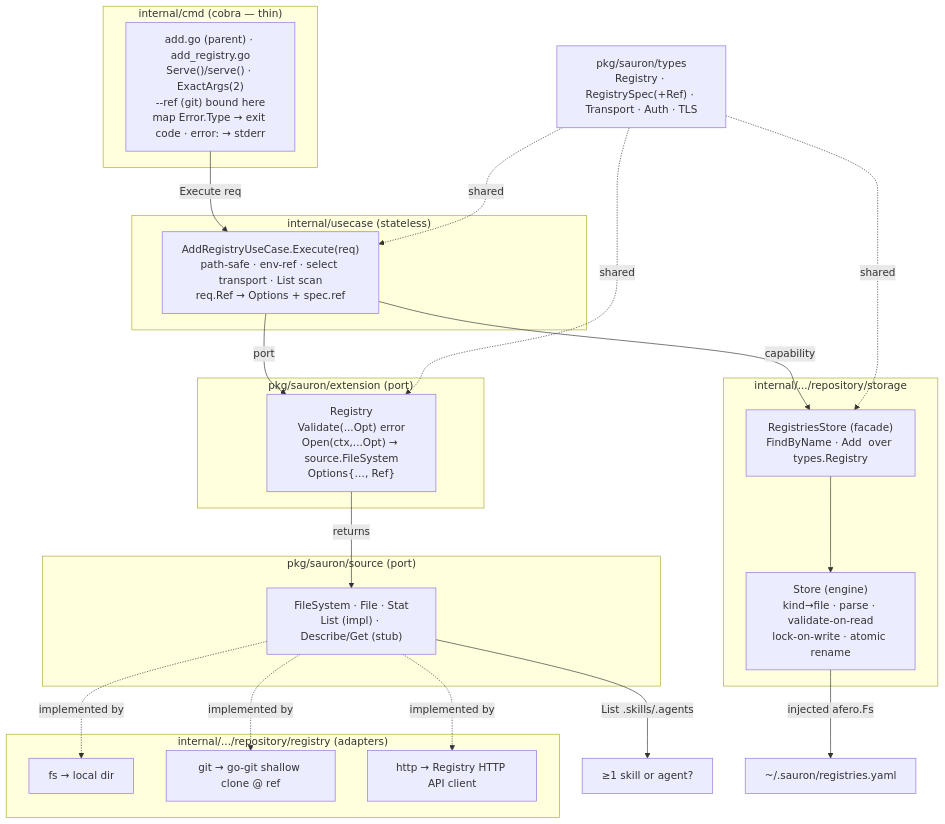
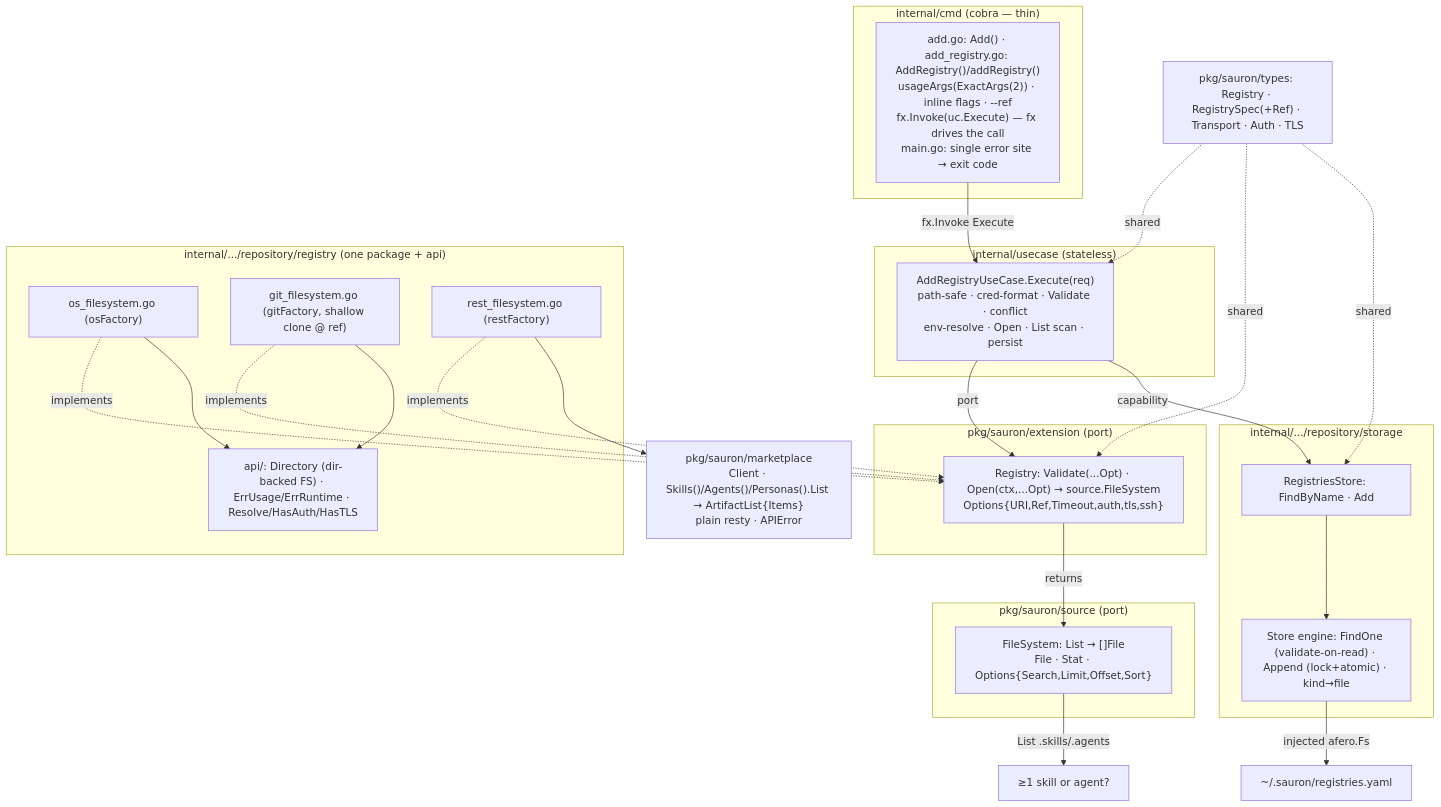
One commit to Delfimarime/sauron changed the diagram in spec/0001-add-registry/plan.md. Above: the diagram before and after it, drawn with Mermaid. The commit also changed other lines of this file and 1 other file, not shown here.

````diff
--- a/spec/0001-add-registry/plan.md
+++ b/spec/0001-add-registry/plan.md
@@ -68,39 +69,44 @@
 ```mermaid
 graph TD
   subgraph cmd["internal/cmd (cobra — thin)"]
-    AR["add.go (parent) · add_registry.go<br/>Serve()/serve() · ExactArgs(2)<br/>--ref (git) bound here<br/>map Error.Type → exit code · error: → stderr"]
+    AR["add.go: Add() · add_registry.go: AddRegistry()/addRegistry()<br/>usageArgs(ExactArgs(2)) · inline flags · --ref<br/>fx.Invoke(uc.Execute) — fx drives the call<br/>main.go: single error site → exit code"]
   end
   subgraph uc["internal/usecase (stateless)"]
-    UC["AddRegistryUseCase.Execute(req)<br/>path-safe · env-ref · select transport · List scan<br/>req.Ref → Options + spec.ref"]
+    UC["AddRegistryUseCase.Execute(req)<br/>path-safe · cred-format · Validate · conflict<br/>env-resolve · Open · List scan · persist"]
   end
   subgraph ext["pkg/sauron/extension (port)"]
-    P["Registry<br/>Validate(...Opt) error<br/>Open(ctx,...Opt) → source.FileSystem<br/>Options{…, Ref}"]
+    P["Registry: Validate(...Opt) · Open(ctx,...Opt) → source.FileSystem<br/>Options{URI,Ref,Timeout,auth,tls,ssh}"]
   end
   subgraph src["pkg/sauron/source (port)"]
-    SRC["FileSystem · File · Stat<br/>List (impl) · Describe/Get (stub)"]
+    SRC["FileSystem: List → []File<br/>File · Stat · Options{Search,Limit,Offset,Sort}"]
   end
-  subgraph reg["internal/.../repository/registry (adapters)"]
-    FS["fs → local dir"]
-    GIT["git → go-git shallow clone @ ref"]
-    HTTP["http → Registry HTTP API client"]
+  subgraph reg["internal/.../repository/registry (one package + api)"]
+    OS["os_filesystem.go (osFactory)"]
+    GIT["git_filesystem.go (gitFactory, shallow clone @ ref)"]
+    REST["rest_filesystem.go (restFactory)"]
+    API["api/: Directory (dir-backed FS) · ErrUsage/ErrRuntime · Resolve/HasAuth/HasTLS"]
   end
+  MKT["pkg/sauron/marketplace<br/>Client · Skills()/Agents()/Personas().List → ArtifactList{Items}<br/>plain resty · APIError"]
   subgraph store["internal/.../repository/storage"]
-    RS["RegistriesStore (facade)<br/>FindByName · Add  over types.Registry"]
-    ST["Store (engine)<br/>kind→file · parse · validate-on-read<br/>lock-on-write · atomic rename"]
+    RS["RegistriesStore: FindByName · Add"]
+    ST["Store engine: FindOne (validate-on-read) · Append (lock+atomic) · kind→file"]
   end
-  TYPES["pkg/sauron/types<br/>Registry · RegistrySpec(+Ref) · Transport · Auth · TLS"]
+  TYPES["pkg/sauron/types: Registry · RegistrySpec(+Ref) · Transport · Auth · TLS"]
 
-  AR -->|Execute req| UC
+  AR -->|fx.Invoke Execute| UC
   UC -->|port| P
   UC -->|capability| RS
   P -->|returns| SRC
-  SRC -.implemented by.-> FS
-  SRC -.implemented by.-> GIT
-  SRC -.implemented by.-> HTTP
+  OS -.implements.-> P
+  GIT -.implements.-> P
+  REST -.implements.-> P
+  OS --> API
+  GIT --> API
+  REST --> MKT
   RS --> ST
   SRC -->|List .skills/.agents| CONTENT["≥1 skill or agent?"]
   ST -->|injected afero.Fs| HOME["~/.sauron/registries.yaml"]
   TYPES -.shared.-> UC
   TYPES -.shared.-> P
   TYPES -.shared.-> RS
 ```
````
